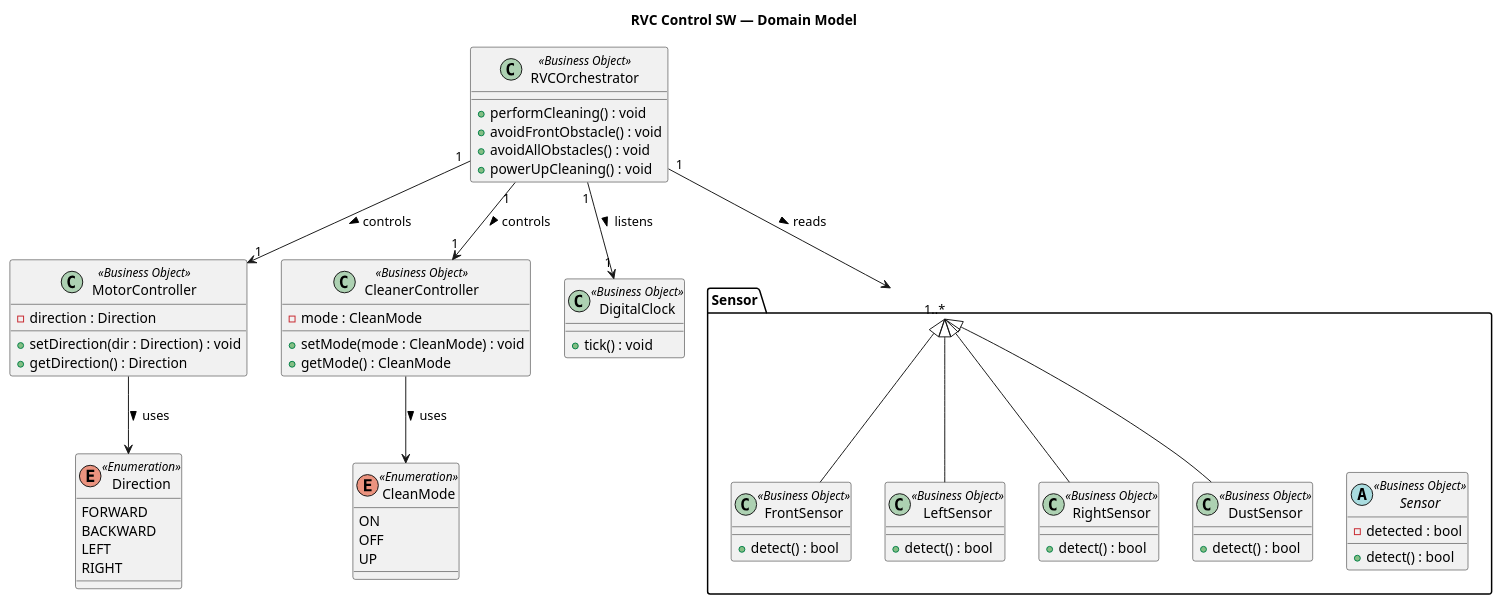
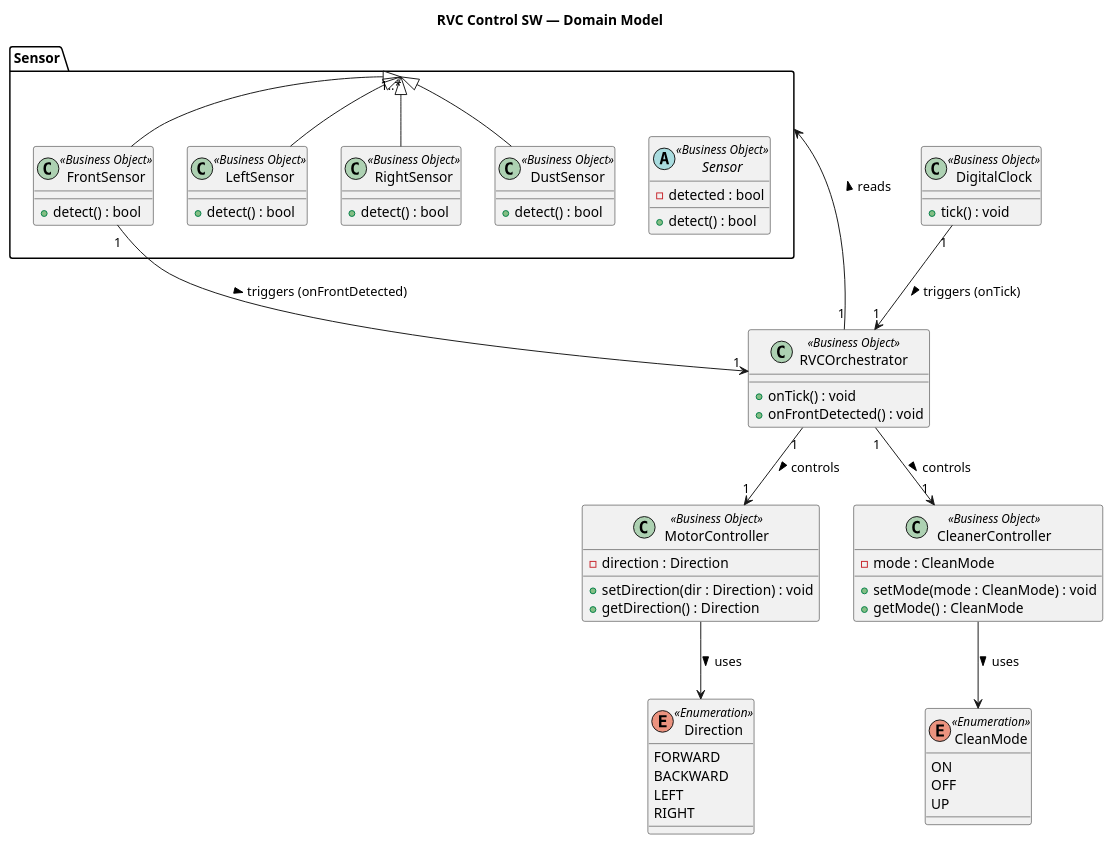
One commit to OOP-konkuk/CICD-Team7 changed the diagram in docs/vibe-coding/02-ooa/domain-model.mdx. Above: the diagram before and after it, drawn with PlantUML. The commit also changed 8 other files, not shown here.

First line of the commit message:
fix(ood/ooi): Add DigitalClock impl, fix Domain Model/Class Diagram, update SD-4 alt/loop

````diff
--- a/docs/vibe-coding/02-ooa/domain-model.mdx
+++ b/docs/vibe-coding/02-ooa/domain-model.mdx
@@ -35,77 +35,76 @@
 ```plantuml
 @startuml DomainModel
 title RVC Control SW — Domain Model
 
 package "Sensor" {
   abstract class Sensor <<Business Object>> {
     - detected : bool
     + detect() : bool
   }
 
   class FrontSensor <<Business Object>> {
     + detect() : bool
   }
 
   class LeftSensor <<Business Object>> {
     + detect() : bool
   }
 
   class RightSensor <<Business Object>> {
     + detect() : bool
   }
 
   class DustSensor <<Business Object>> {
     + detect() : bool
   }
 }
 
 class RVCOrchestrator <<Business Object>> {
-  + performCleaning() : void
-  + avoidFrontObstacle() : void
-  + avoidAllObstacles() : void
-  + powerUpCleaning() : void
+  + onTick() : void
+  + onFrontDetected() : void
 }
 
 class MotorController <<Business Object>> {
   - direction : Direction
   + setDirection(dir : Direction) : void
   + getDirection() : Direction
 }
 
 class CleanerController <<Business Object>> {
   - mode : CleanMode
   + setMode(mode : CleanMode) : void
   + getMode() : CleanMode
 }
 
 class DigitalClock <<Business Object>> {
   + tick() : void
 }
 
 enum Direction <<Enumeration>> {
   FORWARD
   BACKWARD
   LEFT
   RIGHT
 }
 
 enum CleanMode <<Enumeration>> {
   ON
   OFF
   UP
 }
 
 Sensor <|-- FrontSensor
 Sensor <|-- LeftSensor
 Sensor <|-- RightSensor
 Sensor <|-- DustSensor
 
-RVCOrchestrator "1" --> "1" MotorController    : controls >
-RVCOrchestrator "1" --> "1" CleanerController  : controls >
-RVCOrchestrator "1" --> "1..*" Sensor          : reads >
-RVCOrchestrator "1" --> "1" DigitalClock       : listens >
+DigitalClock "1" --> "1" RVCOrchestrator    : triggers (onTick) >
+FrontSensor  "1" --> "1" RVCOrchestrator    : triggers (onFrontDetected) >
+RVCOrchestrator "1" --> "1" MotorController  : controls >
+RVCOrchestrator "1" --> "1" CleanerController : controls >
+RVCOrchestrator "1" --> "1..*" Sensor         : reads >
 
 MotorController  --> Direction  : uses >
 CleanerController --> CleanMode : uses >
 @enduml
 ```
````
